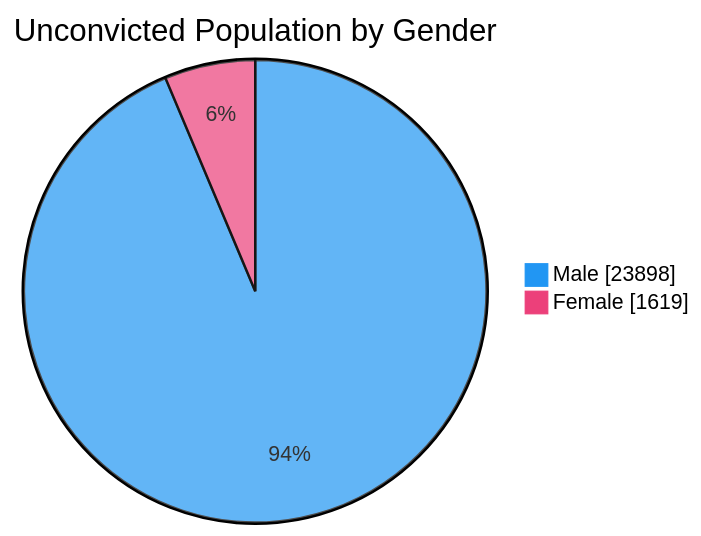
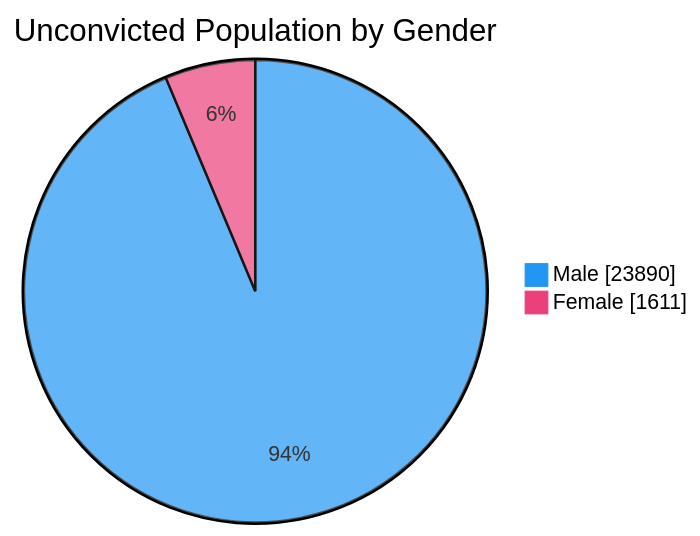
One commit to nuuuwan/lk_prisons changed the fourth of 7 diagrams in README.md. Above: the diagram before and after it, drawn with Mermaid. The commit also changed other lines of this file and 1 other file, not shown here.

````diff
--- a/README.md
+++ b/README.md
@@ -76,6 +76,6 @@
 ```mermaid
 %%{init: {'themeVariables': {'pie1': '#2196F3', 'pie2': '#EC407A'}}}%%
 pie showData title Unconvicted Population by Gender
-    "Male" : 23898
-    "Female" : 1619
+    "Male" : 23890
+    "Female" : 1611
 ```
````
